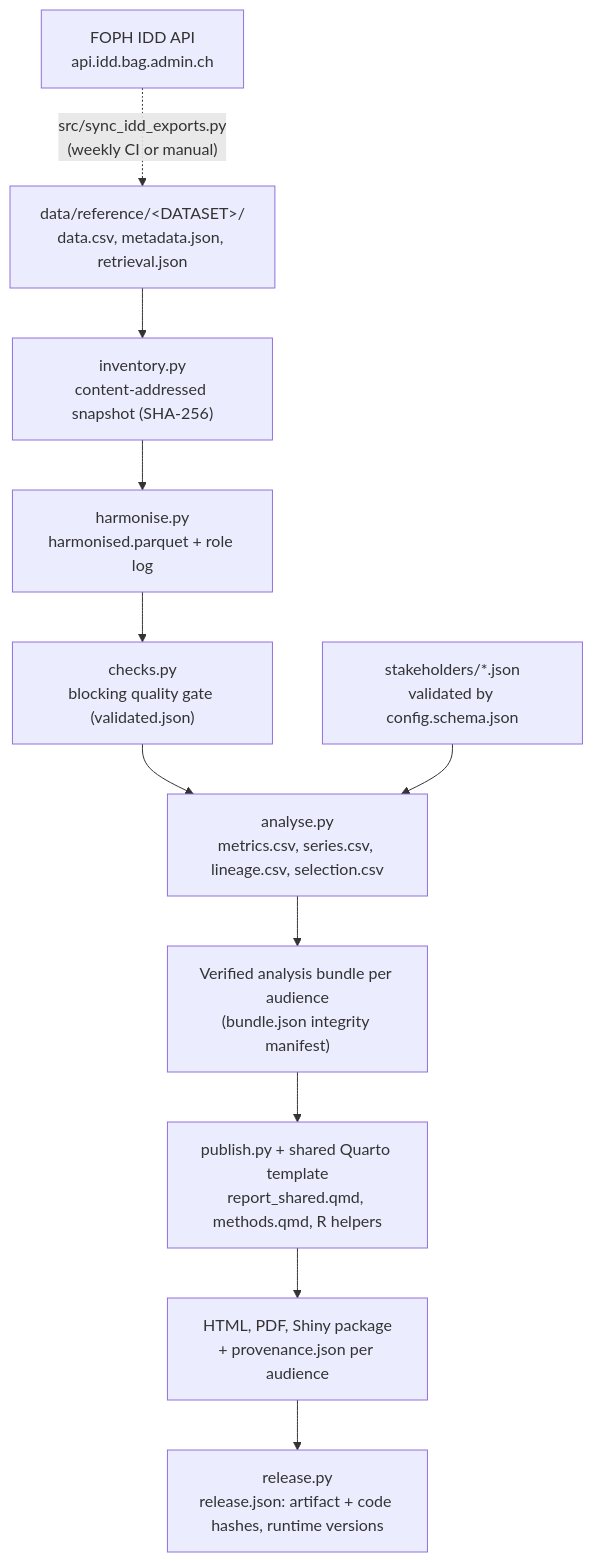
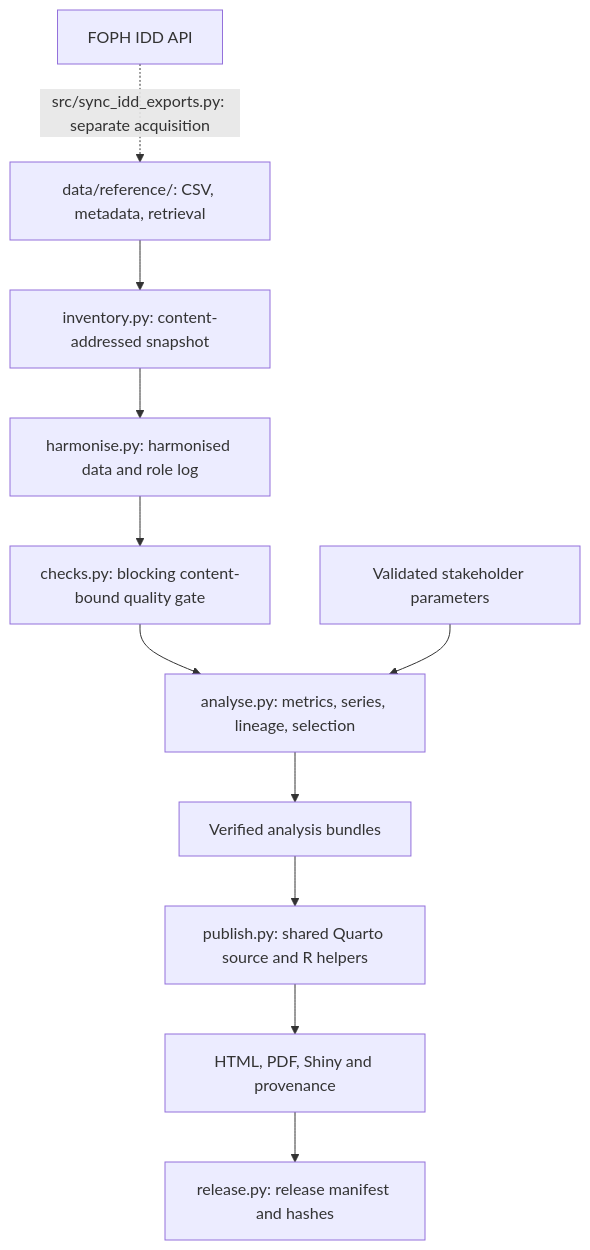
Before and after one commit to ODESA-OpSciHack26/Health_Report_Generator: the diagram in docs/architecture.md, drawn with Mermaid. The commit also changed other lines of this file and 7 other files, not shown here.

````diff
--- a/docs/architecture.md
+++ b/docs/architecture.md
@@ -5,13 +7,13 @@
 ```mermaid
 flowchart TD
-  API["FOPH IDD API<br/>api.idd.bag.admin.ch"] -. "src/sync_idd_exports.py<br/>(weekly CI or manual)" .-> REF["data/reference/&lt;DATASET&gt;/<br/>data.csv, metadata.json, retrieval.json"]
-  REF --> INV["inventory.py<br/>content-addressed snapshot (SHA-256)"]
-  INV --> HAR["harmonise.py<br/>harmonised.parquet + role log"]
-  HAR --> CHK["checks.py<br/>blocking quality gate (validated.json)"]
-  CHK --> ANA["analyse.py<br/>metrics.csv, series.csv, lineage.csv, selection.csv"]
-  CFG["stakeholders/*.json<br/>validated by config.schema.json"] --> ANA
-  ANA --> BUN["Verified analysis bundle per audience<br/>(bundle.json integrity manifest)"]
-  BUN --> PUB["publish.py + shared Quarto template<br/>report_shared.qmd, methods.qmd, R helpers"]
-  PUB --> OUT["HTML, PDF, Shiny package<br/>+ provenance.json per audience"]
-  OUT --> REL["release.py<br/>release.json: artifact + code hashes, runtime versions"]
+  API["FOPH IDD API"] -. "src/sync_idd_exports.py: separate acquisition" .-> REF["data/reference/: CSV, metadata, retrieval"]
+  REF --> INV["inventory.py: content-addressed snapshot"]
+  INV --> HAR["harmonise.py: harmonised data and role log"]
+  HAR --> CHK["checks.py: blocking content-bound quality gate"]
+  CHK --> ANA["analyse.py: metrics, series, lineage, selection"]
+  CFG["Validated stakeholder parameters"] --> ANA
+  ANA --> BUN["Verified analysis bundles"]
+  BUN --> PUB["publish.py: shared Quarto source and R helpers"]
+  PUB --> OUT["HTML, PDF, Shiny and provenance"]
+  OUT --> REL["release.py: release manifest and hashes"]
 ```
````
